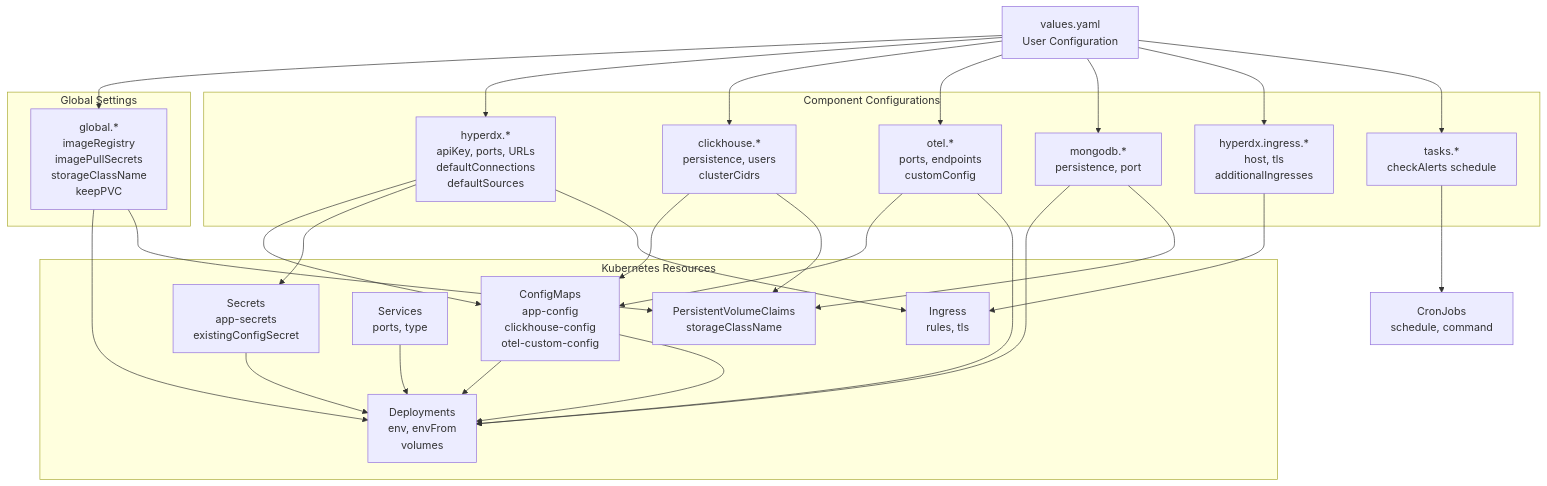
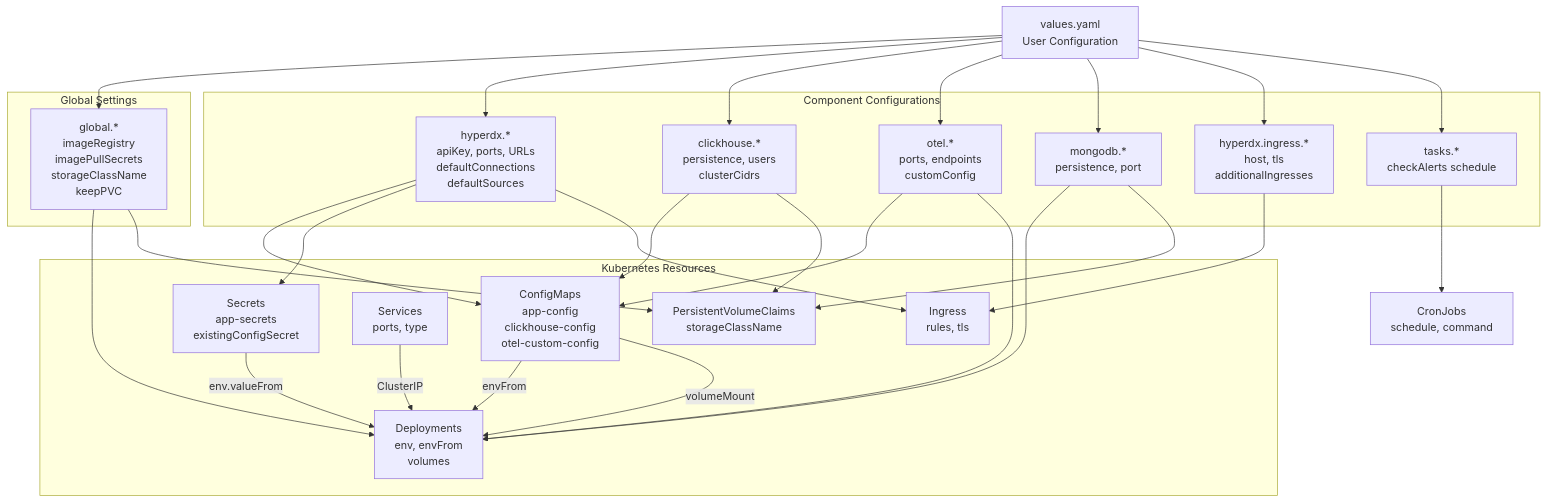
Before and after one commit to openchoreo/openchoreo: the first of 5 diagrams in docs/hyperdxio-helm-charts-docs/Configuration-Reference.md, drawn with Mermaid. The commit also changed other lines of this file and 85 other files, not shown here.

Commit message:
feat: Add new workflow and specification templates, update Helm chart dependencies, and clarify documentation diagrams.

````diff
--- a/docs/hyperdxio-helm-charts-docs/Configuration-Reference.md
+++ b/docs/hyperdxio-helm-charts-docs/Configuration-Reference.md
@@ -21,66 +21,66 @@
 ```mermaid
 flowchart TD
 
 ValuesYAML["values.yaml<br>User Configuration"]
 Global["global.*<br>imageRegistry<br>imagePullSecrets<br>storageClassName<br>keepPVC"]
 HyperDX["hyperdx.*<br>apiKey, ports, URLs<br>defaultConnections<br>defaultSources"]
 ClickHouse["clickhouse.*<br>persistence, users<br>clusterCidrs"]
 OTEL["otel.*<br>ports, endpoints<br>customConfig"]
 MongoDB["mongodb.*<br>persistence, port"]
 Ingress["hyperdx.ingress.*<br>host, tls<br>additionalIngresses"]
 Tasks["tasks.*<br>checkAlerts schedule"]
 ConfigMaps["ConfigMaps<br>app-config<br>clickhouse-config<br>otel-custom-config"]
 Secrets["Secrets<br>app-secrets<br>existingConfigSecret"]
 Deployments["Deployments<br>env, envFrom<br>volumes"]
 Services["Services<br>ports, type"]
 IngressRes["Ingress<br>rules, tls"]
 PVCs["PersistentVolumeClaims<br>storageClassName"]
 CronJobs["CronJobs<br>schedule, command"]
 
 ValuesYAML --> Global
 ValuesYAML --> HyperDX
 ValuesYAML --> ClickHouse
 ValuesYAML --> OTEL
 ValuesYAML --> MongoDB
 ValuesYAML --> Ingress
 ValuesYAML --> Tasks
 Global --> Deployments
 Global --> PVCs
 HyperDX --> ConfigMaps
 HyperDX --> Secrets
 HyperDX --> IngressRes
 ClickHouse --> ConfigMaps
 ClickHouse --> PVCs
 OTEL --> ConfigMaps
 OTEL --> Deployments
 MongoDB --> Deployments
 MongoDB --> PVCs
 Ingress --> IngressRes
 Tasks --> CronJobs
 
 subgraph subGraph2 ["Kubernetes Resources"]
     ConfigMaps
     Secrets
     Deployments
     Services
     IngressRes
     PVCs
-    ConfigMaps --> Deployments
-    Secrets --> Deployments
-    ConfigMaps --> Deployments
-    Services --> Deployments
+    ConfigMaps -->|"envFrom"| Deployments
+    Secrets -->|"env.valueFrom"| Deployments
+    ConfigMaps -->|"volumeMount"| Deployments
+    Services -->|"ClusterIP"| Deployments
 end
 
 subgraph subGraph1 ["Component Configurations"]
     HyperDX
     ClickHouse
     OTEL
     MongoDB
     Ingress
     Tasks
 end
 
 subgraph subGraph0 ["Global Settings"]
     Global
 end
 ```
````
